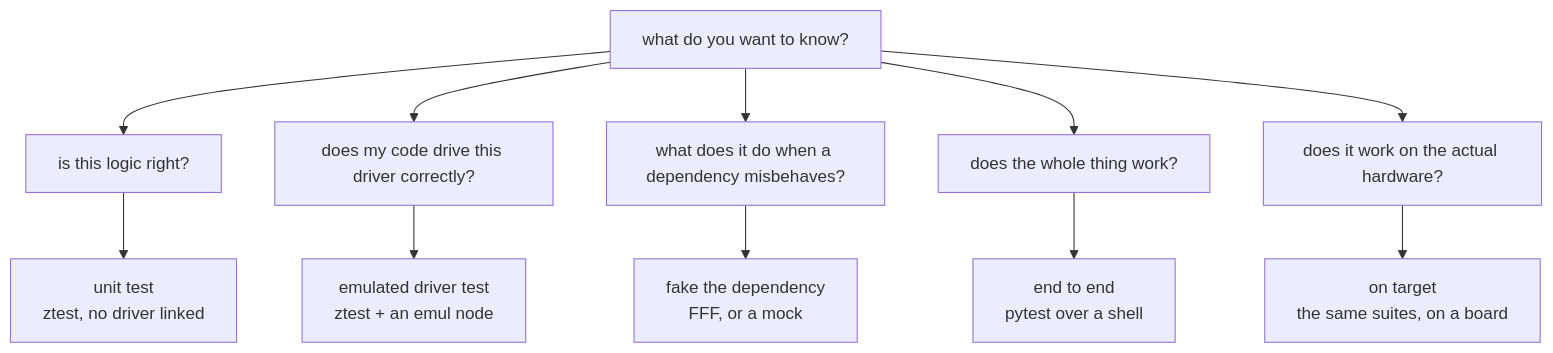
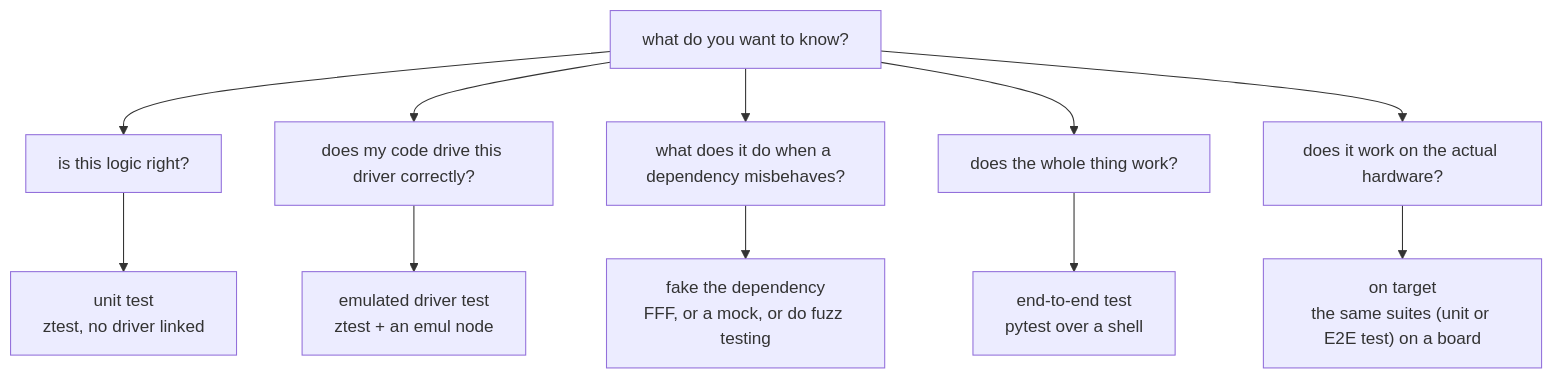
One commit to royyandzakiy/zephyr-testing-workshop changed the diagram in docs/concepts/testing-levels.md. Above: the diagram before and after it, drawn with Mermaid. The commit also changed other lines of this file and 2 other files, not shown here.

Commit message:
improving skills for concepts. revamping testnig & testing limitations

````diff
--- a/docs/concepts/testing-levels.md
+++ b/docs/concepts/testing-levels.md
@@ -9,16 +6,16 @@
 ```mermaid
 flowchart TD
     q["what do you want to know?"]
 
     q --> l1["is this logic right?"]
     q --> l2["does my code drive this driver correctly?"]
     q --> l3["what does it do when a dependency misbehaves?"]
     q --> l4["does the whole thing work?"]
     q --> l5["does it work on the actual hardware?"]
 
     l1 --> t1["unit test<br/>ztest, no driver linked"]
     l2 --> t2["emulated driver test<br/>ztest + an emul node"]
-    l3 --> t3["fake the dependency<br/>FFF, or a mock"]
-    l4 --> t4["end to end<br/>pytest over a shell"]
-    l5 --> t5["on target<br/>the same suites, on a board"]
+    l3 --> t3["fake the dependency<br/>FFF, or a mock, or do fuzz testing"]
+    l4 --> t4["end-to-end test<br/>pytest over a shell"]
+    l5 --> t5["on target<br/>the same suites (unit or E2E test) on a board"]
 ```
````
